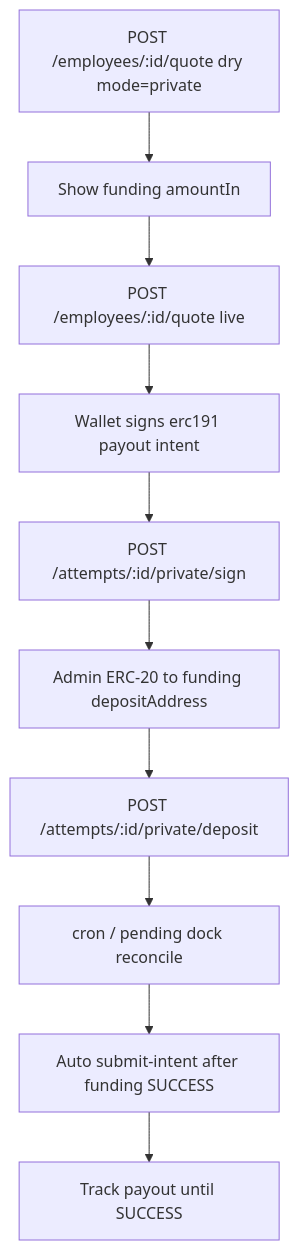
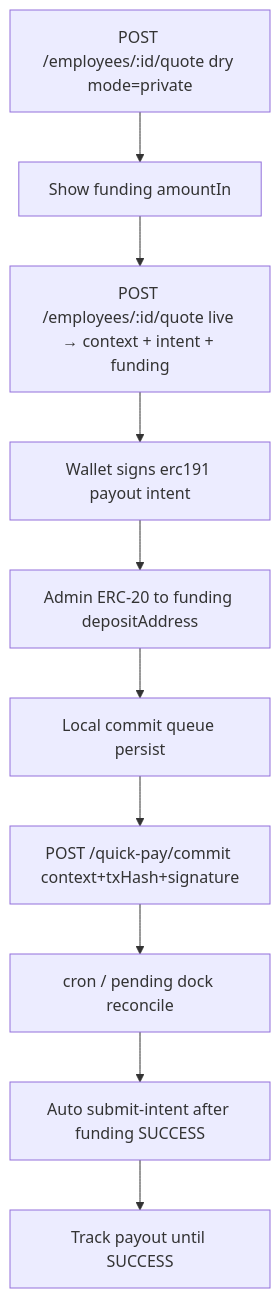
Before and after one commit to aidai524/SalaryFlow: the second of 4 diagrams in docs/api.md, drawn with Mermaid. The commit also changed other lines of this file and 10 other files, not shown here.

First line of the commit message:
Add Quick Pay context and commit queue functionality

````diff
--- a/docs/api.md
+++ b/docs/api.md
@@ -105,12 +105,12 @@
 ```mermaid
 flowchart TD
   dry["POST /employees/:id/quote dry mode=private"] --> preview[Show funding amountIn]
-  preview --> live["POST /employees/:id/quote live"]
+  preview --> live["POST /employees/:id/quote live → context + intent + funding"]
   live --> sign[Wallet signs erc191 payout intent]
-  sign --> privateSign["POST /attempts/:id/private/sign"]
-  privateSign --> transfer[Admin ERC-20 to funding depositAddress]
-  transfer --> privateDeposit["POST /attempts/:id/private/deposit"]
-  privateDeposit --> reconcile["cron / pending dock reconcile"]
+  sign --> transfer[Admin ERC-20 to funding depositAddress]
+  transfer --> enqueue[Local commit queue persist]
+  enqueue --> commit["POST /quick-pay/commit context+txHash+signature"]
+  commit --> reconcile["cron / pending dock reconcile"]
   reconcile --> autoSubmit[Auto submit-intent after funding SUCCESS]
   autoSubmit --> payout[Track payout until SUCCESS]
 ```
````
